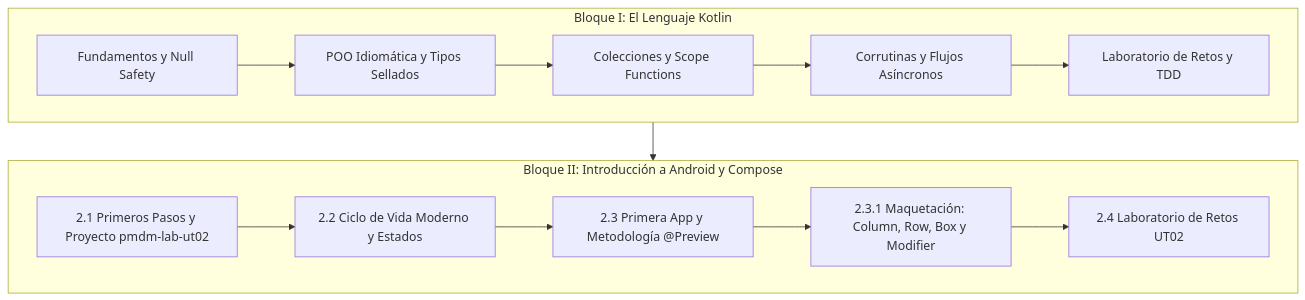
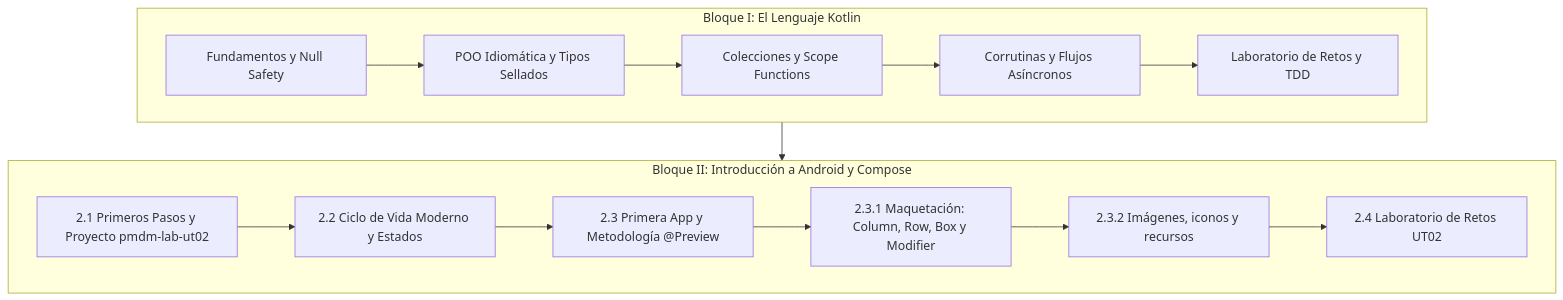
Before and after one commit to jssdocente/pmdm2627d: the diagram in docs/temas/02/index.md, drawn with Mermaid. The commit also changed other lines of this file and 13 other files, not shown here.

First line of the commit message:
docs(ut02): añadir apartado 2.3.2 de imágenes y recursos y anexo de iconos

````diff
--- a/docs/temas/02/index.md
+++ b/docs/temas/02/index.md
@@ -13,18 +13,19 @@
 ```mermaid
 graph TD
     subgraph B1 ["Bloque I: El Lenguaje Kotlin"]
         K1["Fundamentos y Null Safety"] --> K2["POO Idiomática y Tipos Sellados"]
         K2 --> K3["Colecciones y Scope Functions"]
         K3 --> K4["Corrutinas y Flujos Asíncronos"]
         K4 --> K5["Laboratorio de Retos y TDD"]
     end
 
     subgraph B2 ["Bloque II: Introducción a Android y Compose"]
         A1["2.1 Primeros Pasos y Proyecto pmdm-lab-ut02"] --> A2["2.2 Ciclo de Vida Moderno y Estados"]
         A2 --> A3["2.3 Primera App y Metodología @Preview"]
         A3 --> A31["2.3.1 Maquetación: Column, Row, Box y Modifier"]
-        A31 --> A4["2.4 Laboratorio de Retos UT02"]
+        A31 --> A32["2.3.2 Imágenes, iconos y recursos"]
+        A32 --> A4["2.4 Laboratorio de Retos UT02"]
     end
 
     B1 --> B2
 ```
````
